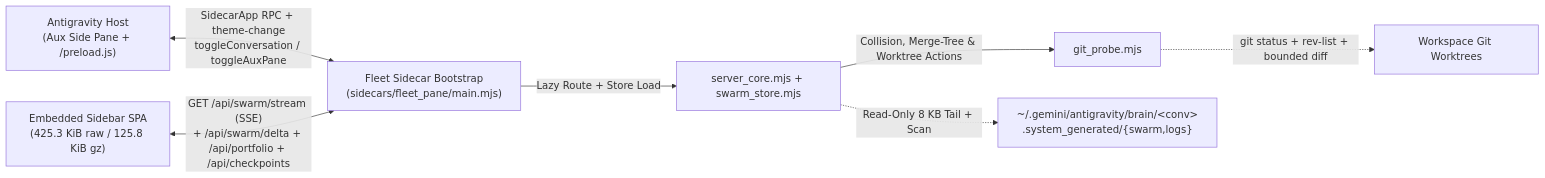
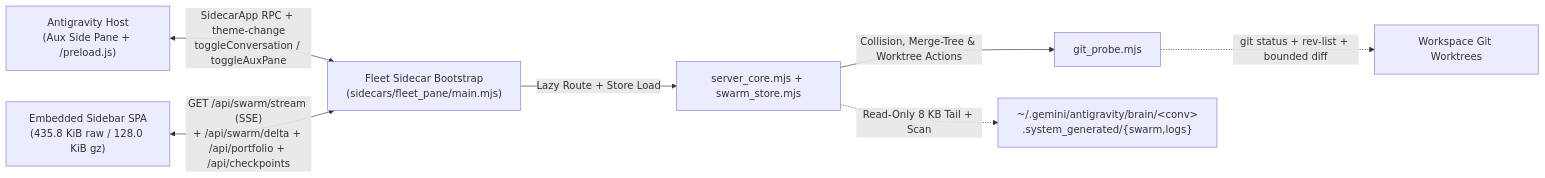
One commit to cayleb-james2008/dsh-fleet changed the diagram in README.md. Above: the diagram before and after it, drawn with Mermaid. The commit also changed other lines of this file and 18 other files, not shown here.

````diff
--- a/README.md
+++ b/README.md
@@ -145,9 +154,9 @@
 ```mermaid
 flowchart LR
     Host["Antigravity Host<br/>(Aux Side Pane + /preload.js)"] <-->|"SidecarApp RPC + theme-change<br/>toggleConversation / toggleAuxPane"| Backend["Fleet Sidecar Bootstrap<br/>(sidecars/fleet_pane/main.mjs)"]
-    UI["Embedded Sidebar SPA<br/>(425.3 KiB raw / 125.8 KiB gz)"] <-->|"GET /api/swarm/stream (SSE)<br/>+ /api/swarm/delta + /api/portfolio + /api/checkpoints"| Backend
+    UI["Embedded Sidebar SPA<br/>(435.8 KiB raw / 128.0 KiB gz)"] <-->|"GET /api/swarm/stream (SSE)<br/>+ /api/swarm/delta + /api/portfolio + /api/checkpoints"| Backend
     Backend -->|"Lazy Route + Store Load"| Core["server_core.mjs + swarm_store.mjs"]
     Core -->|"Collision, Merge-Tree & Worktree Actions"| Git["git_probe.mjs"]
     Core -.->|"Read-Only 8 KB Tail + Scan"| Brain["~/.gemini/antigravity/brain/&lt;conv&gt;<br/>.system_generated/{swarm,logs}"]
     Git -.->|"git status + rev-list + bounded diff"| WT["Workspace Git Worktrees"]
 ```
````
